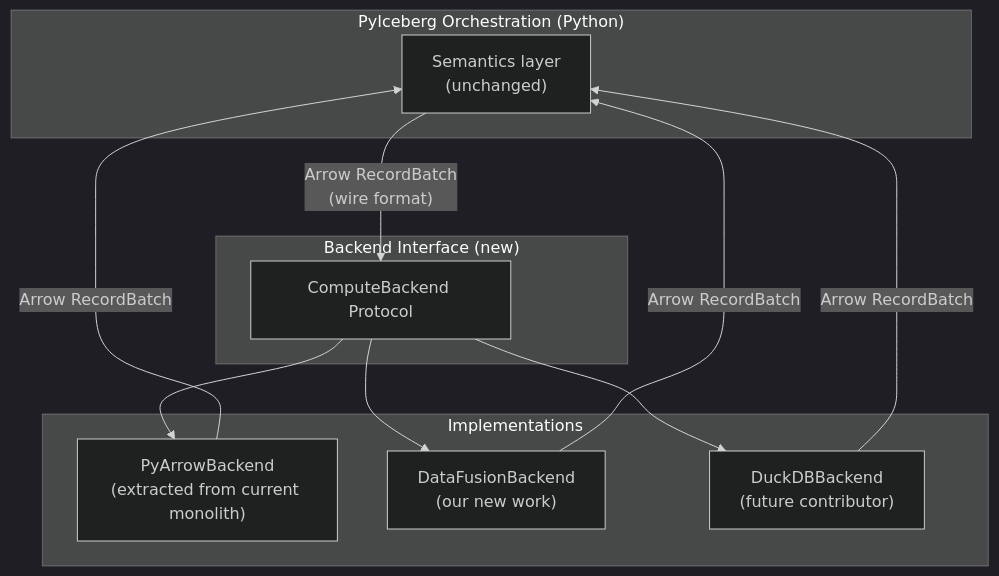
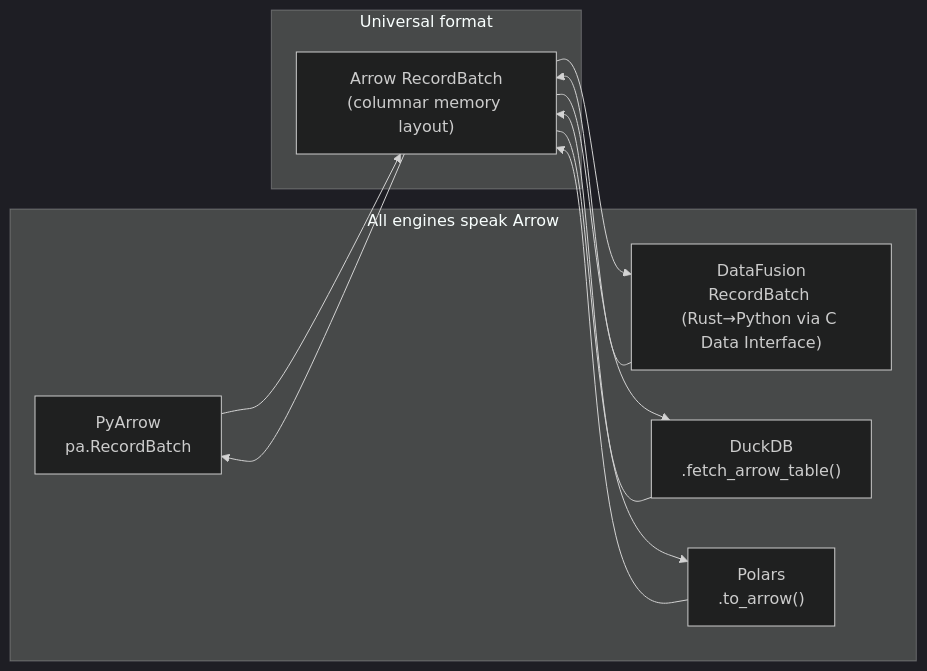
One commit to qzyu999/iceberg-notes changed the second of 3 diagrams in pyiceberg_datafusion/pluggable.md. Above: the diagram before and after it, drawn with Mermaid (dark theme). The commit also changed other lines of this file, not shown here.

Commit message:
Rewrite pluggable.md: clarify Arrow format (permanent) vs pyarrow library (decouplable)

````diff
--- a/pyiceberg_datafusion/pluggable.md
+++ b/pyiceberg_datafusion/pluggable.md
@@ -260,25 +272,23 @@
 ```mermaid
-graph TD
-    subgraph "PyIceberg Orchestration (Python)"
-        SEM["Semantics layer<br/>(unchanged)"]
+graph LR
+    subgraph "All engines speak Arrow"
+        PA["PyArrow<br/>pa.RecordBatch"]
+        DF["DataFusion<br/>RecordBatch (Rust→Python via C Data Interface)"]
+        DDB["DuckDB<br/>.fetch_arrow_table()"]
+        POL["Polars<br/>.to_arrow()"]
     end
 
-    subgraph "Backend Interface (new)"
-        IF["ComputeBackend Protocol"]
+    subgraph "Universal format"
+        ARROW["Arrow RecordBatch<br/>(columnar memory layout)"]
     end
 
-    subgraph "Implementations"
-        PA["PyArrowBackend<br/>(extracted from current monolith)"]
-        DF["DataFusionBackend<br/>(our new work)"]
-        DDB["DuckDBBackend<br/>(future contributor)"]
-    end
+    PA --> ARROW
+    DF --> ARROW
+    DDB --> ARROW
+    POL --> ARROW
 
-    SEM -->|"Arrow RecordBatch<br/>(wire format)"| IF
-    IF --> PA
-    IF --> DF
-    IF --> DDB
-
-    PA -->|"Arrow RecordBatch"| SEM
-    DF -->|"Arrow RecordBatch"| SEM
-    DDB -->|"Arrow RecordBatch"| SEM
+    ARROW --> PA
+    ARROW --> DF
+    ARROW --> DDB
+    ARROW --> POL
 ```
````
